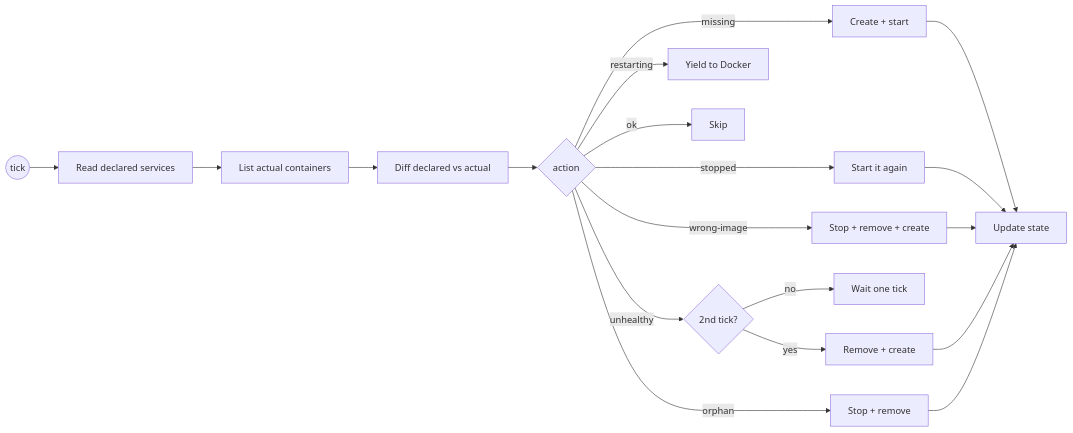
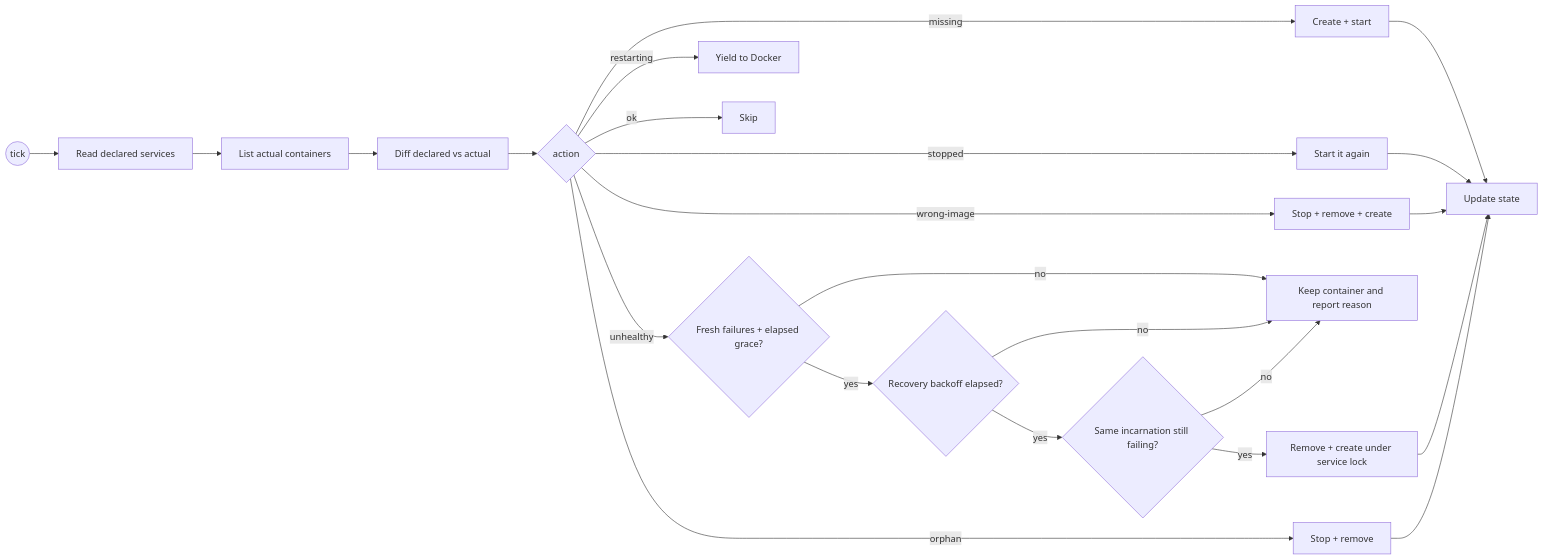
Before and after one commit to omnitron-dev/website: the second of 3 diagrams in docs/omnitron/infrastructure.md, drawn with Mermaid. The commit also changed other lines of this file and 1 other file, not shown here.

Commit message:
docs(omnitron): document native health recovery evidence and backoff

````diff
--- a/docs/omnitron/infrastructure.md
+++ b/docs/omnitron/infrastructure.md
@@ -556,21 +557,25 @@
 ```mermaid
 flowchart LR
   T((tick)) --> Read[Read declared services]
   Read --> List[List actual containers]
   List --> Diff[Diff declared vs actual]
   Diff --> Decide{action}
   Decide -- missing --> Create[Create + start]
   Decide -- stopped --> Start[Start it again]
   Decide -- wrong-image --> Recreate[Stop + remove + create]
-  Decide -- unhealthy --> Confirm{2nd tick?}
-  Confirm -- no --> Wait[Wait one tick]
-  Confirm -- yes --> Rebuild[Remove + create]
+  Decide -- unhealthy --> Confirm{Fresh failures + elapsed grace?}
+  Confirm -- no --> Wait[Keep container and report reason]
+  Confirm -- yes --> Delay{Recovery backoff elapsed?}
+  Delay -- no --> Wait
+  Delay -- yes --> Verify{Same incarnation still failing?}
+  Verify -- no --> Wait
+  Verify -- yes --> Rebuild[Remove + create under service lock]
   Decide -- restarting --> Yield[Yield to Docker]
   Decide -- orphan --> Remove[Stop + remove]
   Decide -- ok --> NoOp[Skip]
   Create --> Update[Update state]
   Start --> Update
   Recreate --> Update
   Rebuild --> Update
   Remove --> Update
 ```
````
